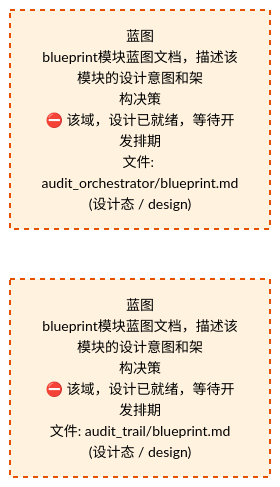
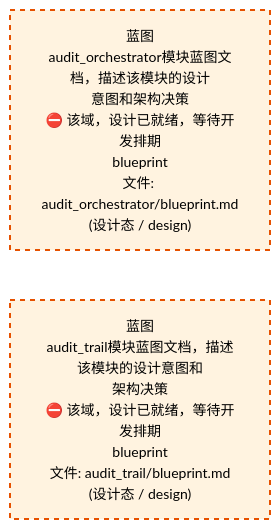
Before and after one commit to xuanFelixVan/ZephyrAlpha: the third of 4 diagrams in docs/02_enterprise_architecture/02_domain_architecture_docs/50_d_gov_audit.md, drawn with Mermaid. The commit also changed other lines of this file and 59 other files, not shown here.

````diff
--- a/docs/02_enterprise_architecture/02_domain_architecture_docs/50_d_gov_audit.md
+++ b/docs/02_enterprise_architecture/02_domain_architecture_docs/50_d_gov_audit.md
@@ -808,12 +808,12 @@
 ```mermaid
 %%{init: {'theme': 'base', 'themeVariables': {'primaryColor': '#eaeaea', 'primaryTextColor': '#333333', 'primaryBorderColor': '#666666', 'lineColor': '#666666', 'secondaryColor': '#eaeaea', 'tertiaryColor': '#eaeaea', 'fontSize': '14px'}}}%%
 flowchart TD
-    docs_03_modules_cross_layer_audit_orchestrator_blueprint_md["蓝图<br/>blueprint模块蓝图文档，描述该模块的设计意图和架<br/>构决策<br/>⛔ 该域，设计已就绪，等待开发排期<br/>文件: audit_orchestrator/blueprint.md<br/>(设计态 / design)"]
-    docs_03_modules_domain_governance_audit_trail_blueprint_md["蓝图<br/>blueprint模块蓝图文档，描述该模块的设计意图和架<br/>构决策<br/>⛔ 该域，设计已就绪，等待开发排期<br/>文件: audit_trail/blueprint.md<br/>(设计态 / design)"]
+    docs_03_modules_cross_layer_audit_orchestrator_blueprint_md["蓝图<br/>audit_orchestrator模块蓝图文档，描述该模块的设计<br/>意图和架构决策<br/>⛔ 该域，设计已就绪，等待开发排期<br/>blueprint<br/>文件: audit_orchestrator/blueprint.md<br/>(设计态 / design)"]
+    docs_03_modules_domain_governance_audit_trail_blueprint_md["蓝图<br/>audit_trail模块蓝图文档，描述该模块的设计意图和<br/>架构决策<br/>⛔ 该域，设计已就绪，等待开发排期<br/>blueprint<br/>文件: audit_trail/blueprint.md<br/>(设计态 / design)"]
     docs_03_modules_cross_layer_audit_orchestrator_blueprint_md ~~~ docs_03_modules_domain_governance_audit_trail_blueprint_md
     classDef production fill:#e1f5fe,stroke:#01579b,stroke-width:2px,color:#000
     classDef design fill:#fff3e0,stroke:#e65100,stroke-width:2px,color:#000,stroke-dasharray: 5 5
     classDef external_prod fill:#e8f4fd,stroke:#0277bd,stroke-width:1px,color:#000
     classDef external_design fill:#fff8e7,stroke:#ef6c00,stroke-width:1px,color:#000,stroke-dasharray: 5 5
     class docs_03_modules_cross_layer_audit_orchestrator_blueprint_md,docs_03_modules_domain_governance_audit_trail_blueprint_md design
 ```
````
